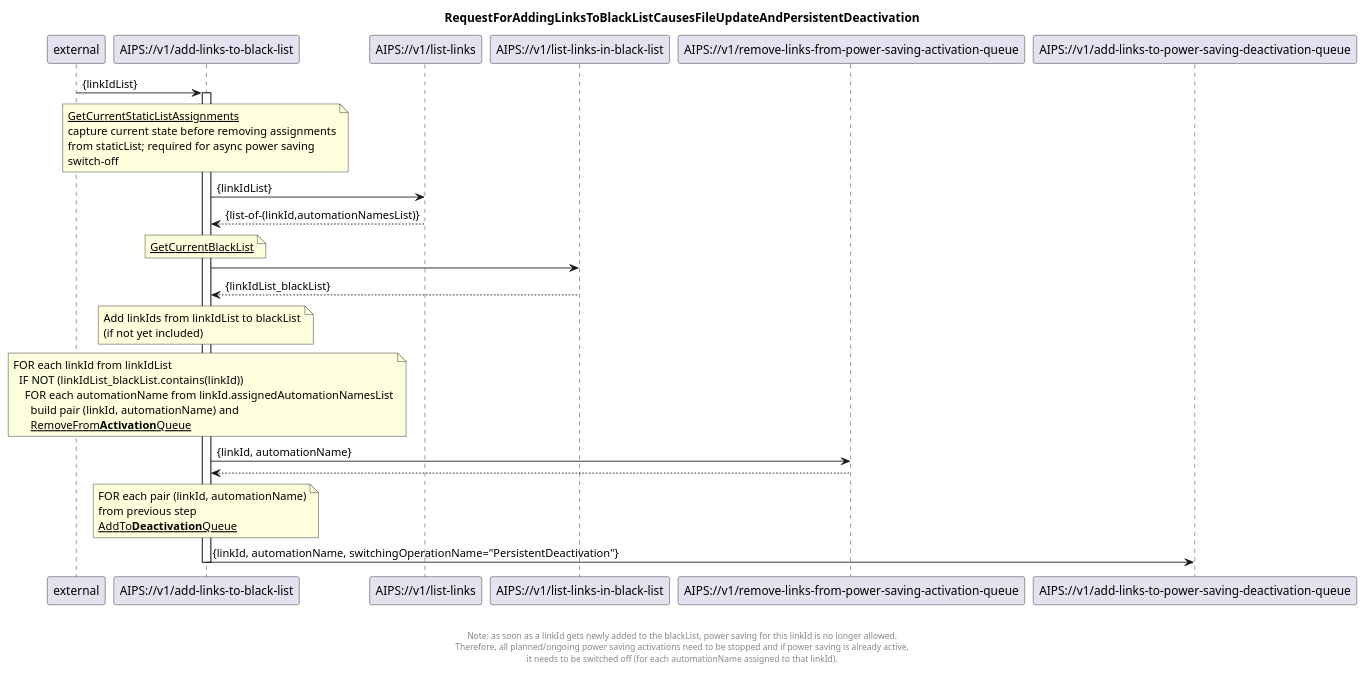
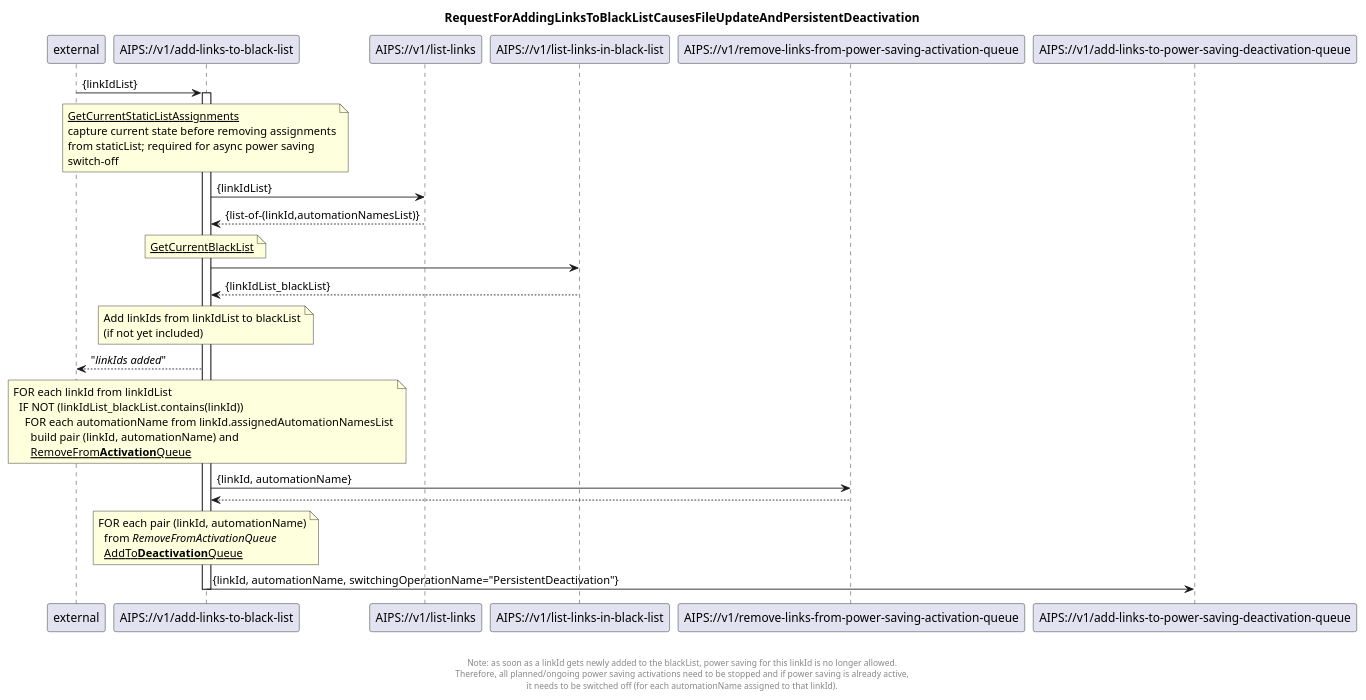
One commit to kmohr-soprasteria/AIPS_wip changed the diagram in diagrams/01 Automation management/120_addLinksToBlackList.plantuml. Above: the diagram before and after it, drawn with PlantUML. The commit also changed 13 other files, not shown here.

Commit message:
modul 01 diagrams

```diff
--- a/diagrams/01 Automation management/120_addLinksToBlackList.plantuml
+++ b/diagrams/01 Automation management/120_addLinksToBlackList.plantuml
@@ -1,70 +1,71 @@
 @startuml 120_addLinksToBlackList
 skinparam responseMessageBelowArrow true
 
 title
 RequestForAddingLinksToBlackListCausesFileUpdateAndPersistentDeactivation
 end title
 
 participant "external" as requestor
 participant "AIPS://v1/add-links-to-black-list" as addLinks
 participant "AIPS://v1/list-links" as listLinks
 participant "AIPS://v1/list-links-in-black-list" as listBlackList
 participant "AIPS://v1/remove-links-from-power-saving-activation-queue" as stopSimpleActivation
 participant "AIPS://v1/add-links-to-power-saving-deactivation-queue" as startPersistentDeactivation
 
 requestor -> addLinks: {linkIdList}
 activate addLinks
 
 'get current assignments from staticList
 note over addLinks
   <u>GetCurrentStaticListAssignments</u>
   capture current state before removing assignments
   from staticList; required for async power saving
   switch-off
 end note
 addLinks -> listLinks: {linkIdList}
 listLinks --> addLinks: {list-of-(linkId,automationNamesList)}
 
 'get current blackList
 note over addLinks
   <u>GetCurrentBlackList</u>
 end note
 addLinks -> listBlackList
 listBlackList --> addLinks: {linkIdList_blackList}
 
 'add links to blackList file
 note over addLinks
   Add linkIds from linkIdList to blackList
   (if not yet included)
 end note
+addLinks --> requestor: "<i>linkIds added</i>"
 
 'stop ongoing/planned power saving
 note over addLinks
   FOR each linkId from linkIdList
     IF NOT (linkIdList_blackList.contains(linkId))
       FOR each automationName from linkId.assignedAutomationNamesList
         build pair (linkId, automationName) and
         <u>RemoveFrom<b>Activation</b>Queue</u>
 end note
 addLinks -> stopSimpleActivation: {linkId, automationName}
 stopSimpleActivation --> addLinks
 
 'initiate persistentDeactivation to turn power saving off
 note over addLinks
   FOR each pair (linkId, automationName)
-  from previous step
-  <u>AddTo<b>Deactivation</b>Queue</u>
+    from <i>RemoveFromActivationQueue</i>
+    <u>AddTo<b>Deactivation</b>Queue</u>
 end note
 addLinks -> startPersistentDeactivation: {linkId, automationName, switchingOperationName="PersistentDeactivation"}
 
 deactivate addLinks
 
 footer
 
 
   Note: as soon as a linkId gets newly added to the blackList, power saving for this linkId is no longer allowed.
   Therefore, all planned/ongoing power saving activations need to be stopped and if power saving is already active, 
   it needs to be switched off (for each automationName assigned to that linkId).
 end footer
 
 @enduml
```
